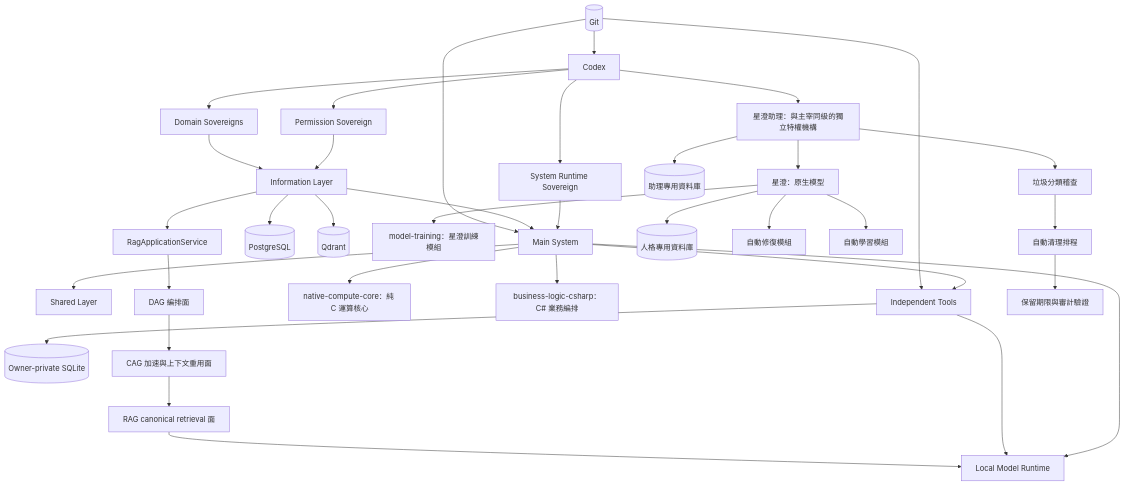
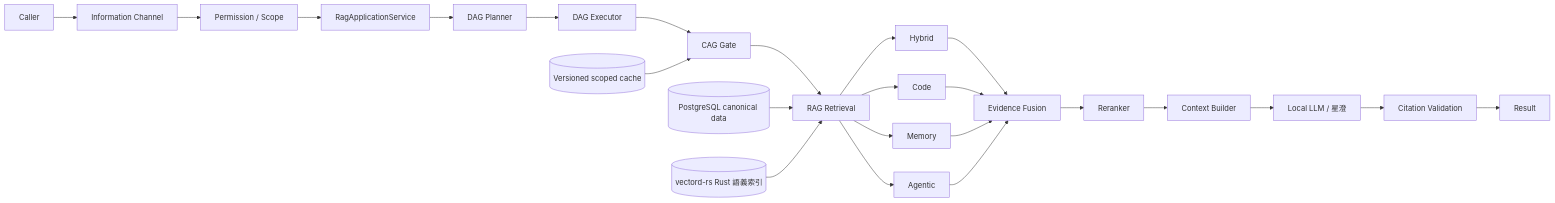
One commit to guilty442-source/GPTBridge changed the sixth of 11 diagrams in governance_rule/codex/architecture-project.md. Above: the diagram before and after it, drawn with Mermaid. The commit also changed other lines of this file, not shown here.

Commit message:
docs(codex): sync Python boundary to A35; replace retired Qdrant with vectord-rs (A621) [worker:devin]

````diff
--- a/governance_rule/codex/architecture-project.md
+++ b/governance_rule/codex/architecture-project.md
@@ -3,37 +196,27 @@
 ```mermaid
-flowchart TB
-  C[Codex] --> P[Permission Sovereign]
-  C --> D[Domain Sovereigns]
-  C --> XA[星澄助理：與主宰同級的獨立特權機構]
-  C --> R[System Runtime Sovereign]
-  P --> I[Information Layer]
-  D --> I
-  R --> M[Main System]
-  I --> M
-  M --> S[Shared Layer]
-  M --> T[Independent Tools]
-  I --> PG[(PostgreSQL)]
-  I --> Q[(Qdrant)]
-  T --> SQ[(Owner-private SQLite)]
-  G[(Git)] --> C
-  G --> M
-  G --> T
-  M --> L[Local Model Runtime]
-  T --> L
-  M --> NCC[native-compute-core：純 C 運算核心]
-  M --> BLC[business-logic-csharp：C# 業務編排]
-  XC --> MT[model-training：星澄訓練模組]
-  I --> HAS[RagApplicationService]
-  HAS --> HDAG[DAG 編排面]
-  HDAG --> HCAG[CAG 加速與上下文重用面]
-  HCAG --> HRAG[RAG canonical retrieval 面]
-  HRAG --> L
-  XA --> XAD[(助理專用資料庫)]
-  XA --> XC[星澄：原生模型]
-  XC --> XP[(人格專用資料庫)]
-  XC --> AR[自動修復模組]
-  XC --> AL[自動學習模組]
-  XA --> GC[垃圾分類稽查]
-  GC --> CS[自動清理排程]
-  CS --> AU[保留期限與審計驗證]
+flowchart LR
+  CALLER[Caller] --> CH[Information Channel]
+  CH --> SCOPE[Permission / Scope]
+  SCOPE --> APP[RagApplicationService]
+  APP --> PLAN[DAG Planner]
+  PLAN --> EXEC[DAG Executor]
+  EXEC --> CACHE[CAG Gate]
+  CACHE --> RET[RAG Retrieval]
+  RET --> HYB[Hybrid]
+  RET --> CODE[Code]
+  RET --> MEM[Memory]
+  RET --> AG[Agentic]
+  HYB --> FUSE[Evidence Fusion]
+  CODE --> FUSE
+  MEM --> FUSE
+  AG --> FUSE
+  FUSE --> RERANK[Reranker]
+  RERANK --> CTX[Context Builder]
+  CTX --> LLM[Local LLM / 星澄]
+  LLM --> CITE[Citation Validation]
+  CITE --> RESULT[Result]
+
+  PG[(PostgreSQL canonical data)] --> RET
+  VD[(vectord-rs Rust 語義索引)] --> RET
+  CSTORE[(Versioned scoped cache)] --> CACHE
 ```
````
